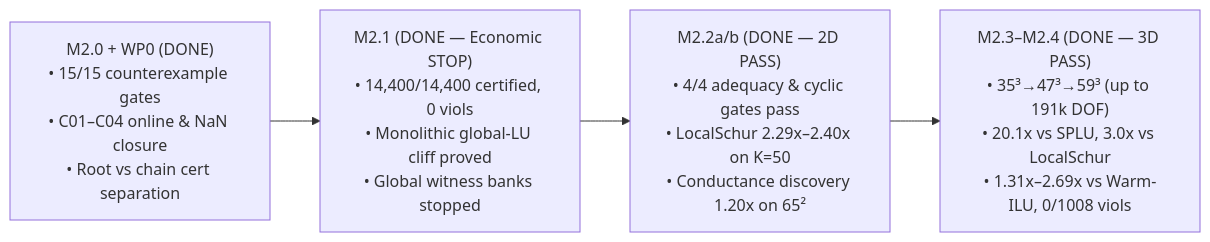
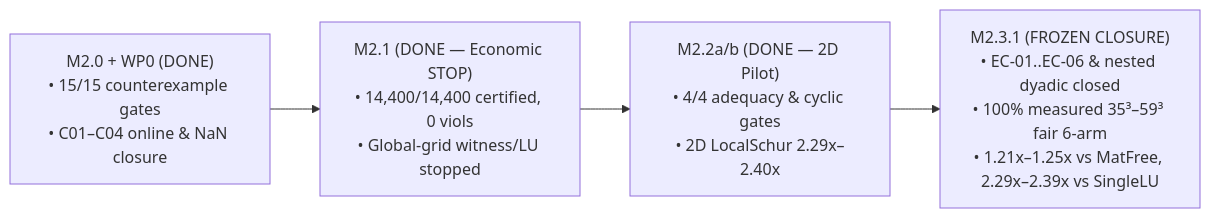
Before and after one commit to erzhu419/Auditable-Coarse-to-Fine-Quotient-Planning: the diagram in green_response/NEXT_PHASE_RESEARCH_ROADMAP.md, drawn with Mermaid. The commit also changed other lines of this file and 11 other files, not shown here.

Commit message:
feat(quotient-phase2): close M2.3.1 EC-01..06 contracts, nested dyadic portals, and 100%-measured fair 3D attribution

````diff
--- a/green_response/NEXT_PHASE_RESEARCH_ROADMAP.md
+++ b/green_response/NEXT_PHASE_RESEARCH_ROADMAP.md
@@ -17,6 +22,6 @@
 ```mermaid
 flowchart LR
-    M20["M2.0 + WP0 (DONE)\n• 15/15 counterexample gates\n• C01–C04 online & NaN closure\n• Root vs chain cert separation"] --> M21["M2.1 (DONE — Economic STOP)\n• 14,400/14,400 certified, 0 viols\n• Monolithic global-LU cliff proved\n• Global witness banks stopped"]
-    M21 --> M22["M2.2a/b (DONE — 2D PASS)\n• 4/4 adequacy & cyclic gates pass\n• LocalSchur 2.29x–2.40x on K=50\n• Conductance discovery 1.20x on 65²"]
-    M22 --> M23["M2.3–M2.4 (DONE — 3D PASS)\n• 35³→47³→59³ (up to 191k DOF)\n• 20.1x vs SPLU, 3.0x vs LocalSchur\n• 1.31x–2.69x vs Warm-ILU, 0/1008 viols"]
+    M20["M2.0 + WP0 (DONE)\n• 15/15 counterexample gates\n• C01–C04 online & NaN closure"] --> M21["M2.1 (DONE — Economic STOP)\n• 14,400/14,400 certified, 0 viols\n• Global-grid witness/LU stopped"]
+    M21 --> M22["M2.2a/b (DONE — 2D Pilot)\n• 4/4 adequacy & cyclic gates\n• 2D LocalSchur 2.29x–2.40x"]
+    M22 --> M231["M2.3.1 (FROZEN CLOSURE)\n• EC-01..EC-06 & nested dyadic closed\n• 100% measured 35³–59³ fair 6-arm\n• 1.21x–1.25x vs MatFree, 2.29x–2.39x vs SingleLU"]
 ```
````
